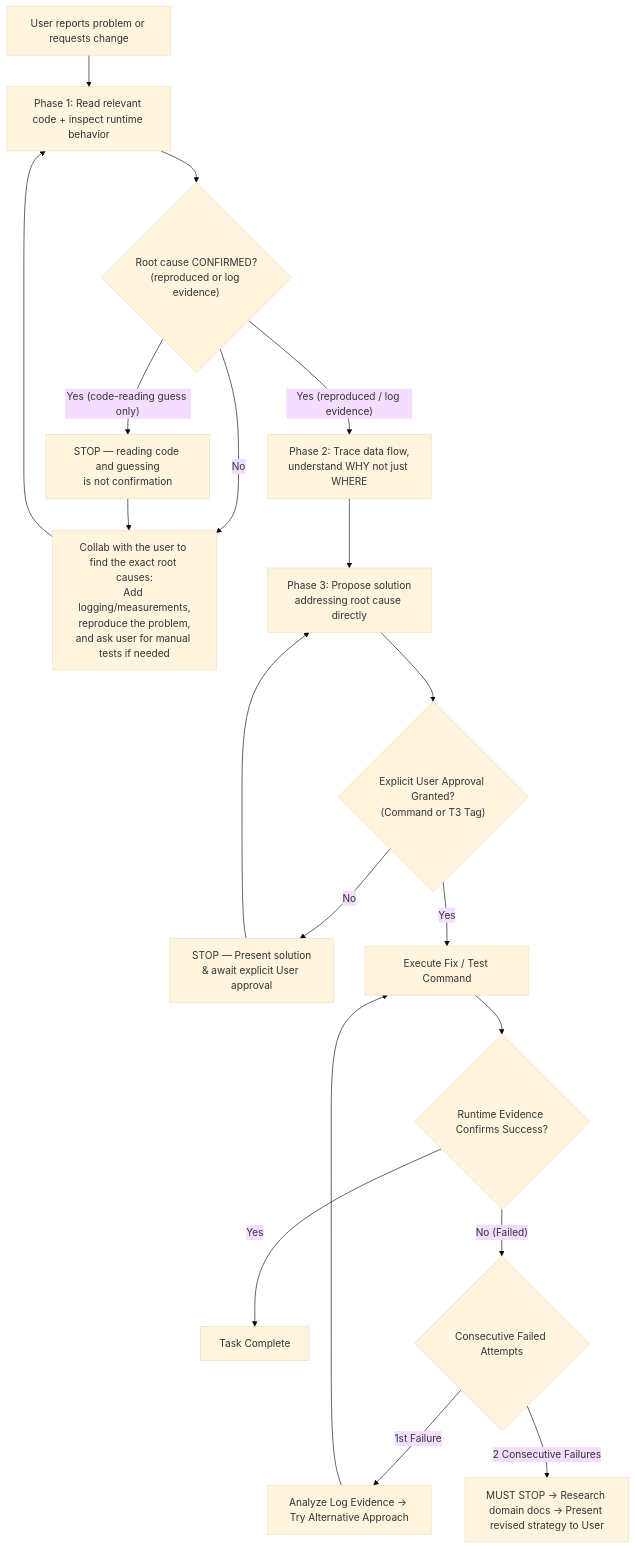
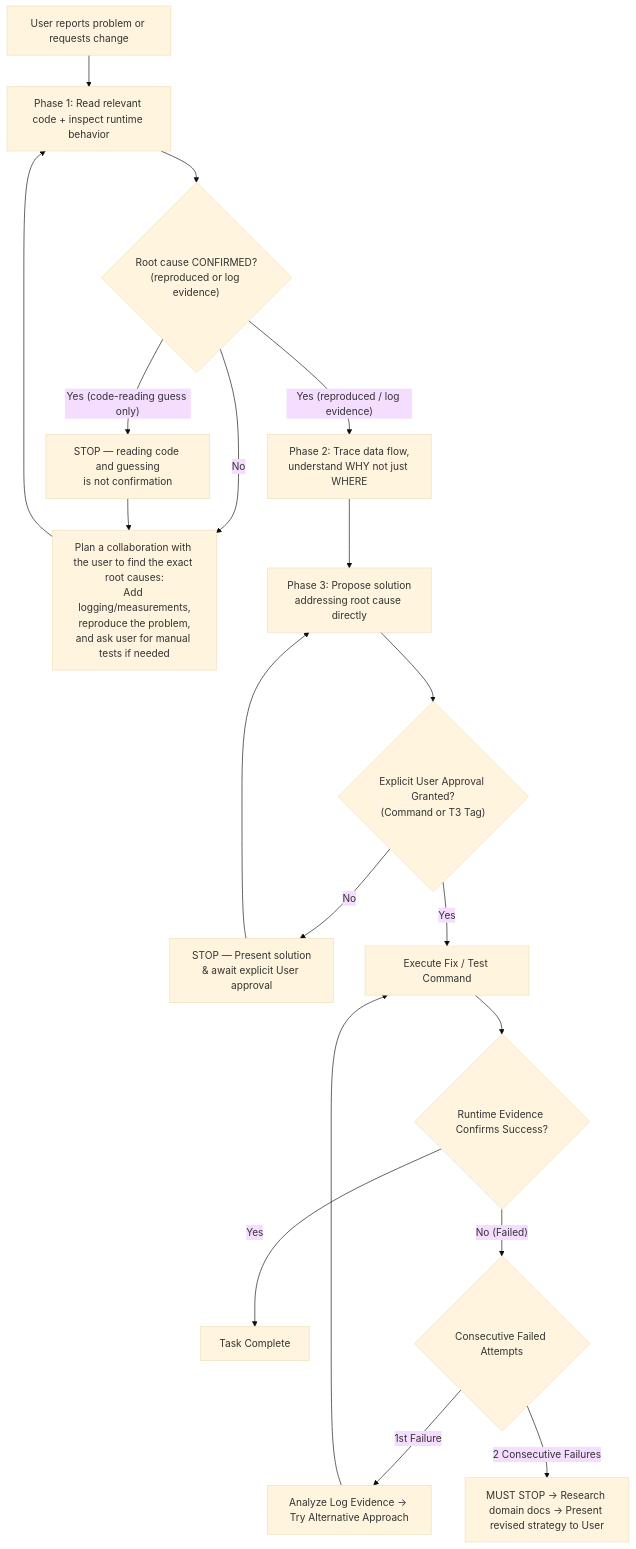
Before and after one commit to loerei/myskills: the eighth of 9 diagrams in AGENTS.md, drawn with Mermaid (base theme). The commit also changed 1 other file, not shown here.

Commit message:
docs(policy): update Instrument node text to 'Plan a collaboration with the user...'

````diff
--- a/AGENTS.md
+++ b/AGENTS.md
@@ -255,21 +255,21 @@
 ```mermaid
 flowchart TD
     Trigger["User reports problem or requests change"] --> Phase1["Phase 1: Read relevant code + inspect runtime behavior"]
     Phase1 --> Confirmed{"Root cause CONFIRMED?<br/>(reproduced or log evidence)"}
-    Confirmed -->|"No"| Instrument["Collab with the user to find the exact root causes:<br/>Add logging/measurements,<br/>reproduce the problem,<br/>and ask user for manual tests if needed"]
+    Confirmed -->|"No"| Instrument["Plan a collaboration with the user to find the exact root causes:<br/>Add logging/measurements,<br/>reproduce the problem,<br/>and ask user for manual tests if needed"]
     Instrument --> Phase1
     Confirmed -->|"Yes (code-reading guess only)"| Block["STOP — reading code and guessing<br/>is not confirmation"]
     Block --> Instrument
     Confirmed -->|"Yes (reproduced / log evidence)"| Phase2["Phase 2: Trace data flow,<br/>understand WHY not just WHERE"]
     Phase2 --> Phase3["Phase 3: Propose solution<br/>addressing root cause directly"]
     Phase3 --> ApprovalCheck{"Explicit User Approval Granted?<br/>(Command or T3 Tag)"}
     ApprovalCheck -->|"No"| StopApproval["STOP — Present solution<br/>& await explicit User approval"]
     StopApproval --> Phase3
     ApprovalCheck -->|"Yes"| ExecAttempt["Execute Fix / Test Command"]
     ExecAttempt --> CheckEvidence{"Runtime Evidence Confirms Success?"}
     CheckEvidence -->|"Yes"| Pass["Task Complete"]
     CheckEvidence -->|"No (Failed)"| CountCheck{"Consecutive Failed Attempts"}
     CountCheck -->|"1st Failure"| AnalyzeLog["Analyze Log Evidence -> Try Alternative Approach"]
     AnalyzeLog --> ExecAttempt
     CountCheck -->|"2 Consecutive Failures"| MustStop["MUST STOP -> Research domain docs -> Present revised strategy to User"]
 ```
````
